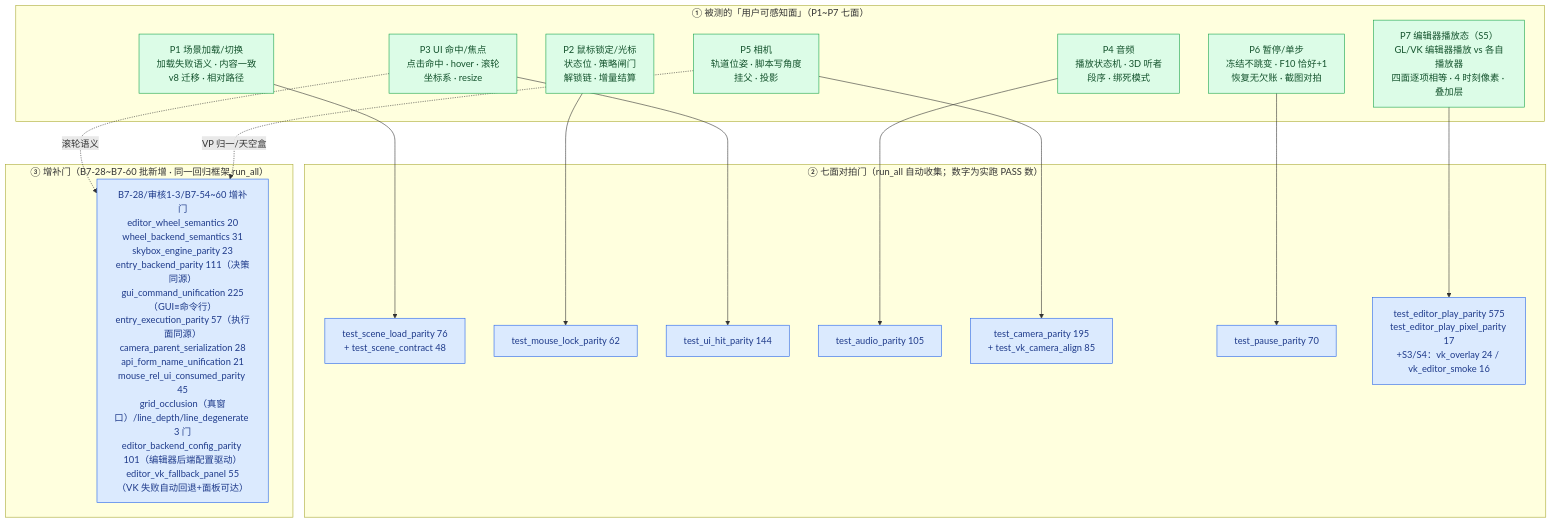
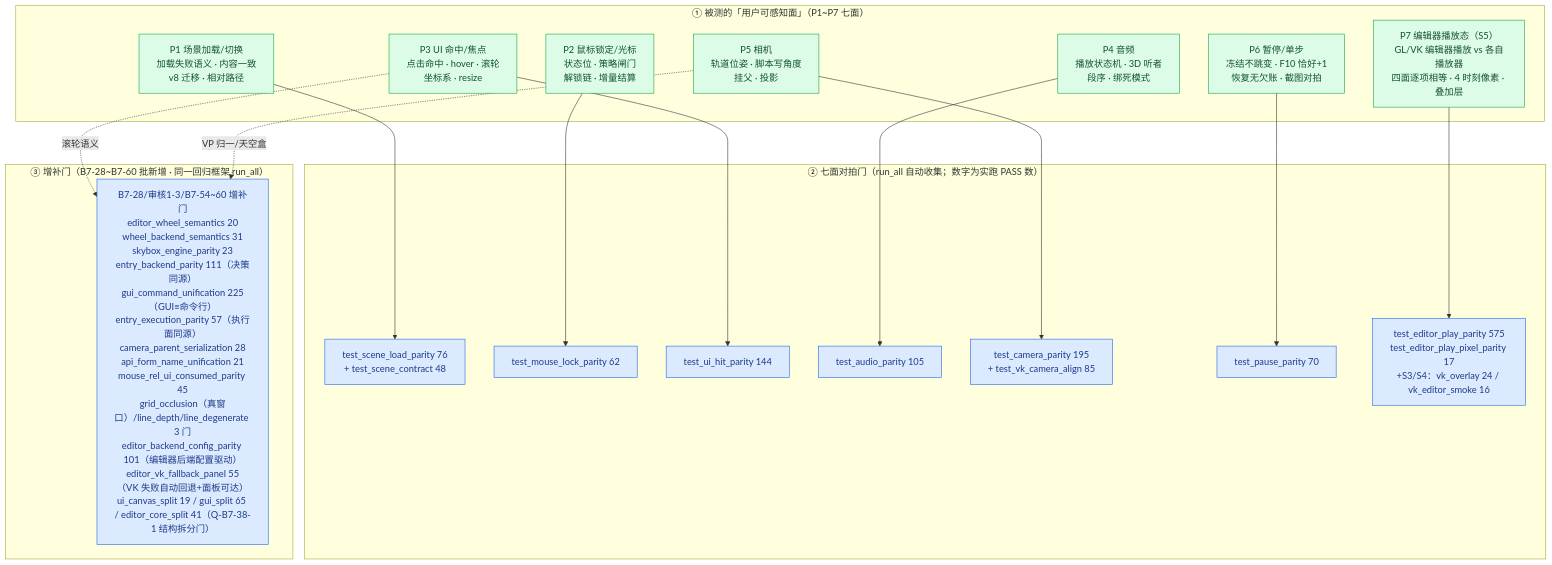
Before and after one commit to lhy302/WeaveEngine: diagram 22 of 23 in ARCHITECTURE.md, drawn with Mermaid. The commit also changed other lines of this file, not shown here.

First line of the commit message:
docs: ARCHITECTURE.md 同步 Q-B7-38-1 三批大文件拆分（逐项实测复核）

````diff
--- a/ARCHITECTURE.md
+++ b/ARCHITECTURE.md
@@ -1451,35 +1549,35 @@
 ```mermaid
 flowchart TB
   subgraph FACES["① 被测的「用户可感知面」（P1~P7 七面）"]
     F1["P1 场景加载/切换<br/>加载失败语义 · 内容一致<br/>v8 迁移 · 相对路径"]:::ok
     F2["P2 鼠标锁定/光标<br/>状态位 · 策略闸门<br/>解锁链 · 增量结算"]:::ok
     F3["P3 UI 命中/焦点<br/>点击命中 · hover · 滚轮<br/>坐标系 · resize"]:::ok
     F4["P4 音频<br/>播放状态机 · 3D 听者<br/>段序 · 绑死模式"]:::ok
     F5["P5 相机<br/>轨道位姿 · 脚本写角度<br/>挂父 · 投影"]:::ok
     F6["P6 暂停/单步<br/>冻结不跳变 · F10 恰好+1<br/>恢复无欠账 · 截图对拍"]:::ok
     F7["P7 编辑器播放态（S5）<br/>GL/VK 编辑器播放 vs 各自播放器<br/>四面逐项相等 · 4 时刻像素 · 叠加层"]:::ok
   end
   subgraph COREGATES["② 七面对拍门（run_all 自动收集；数字为实跑 PASS 数）"]
     G1["test_scene_load_parity 76<br/>+ test_scene_contract 48"]:::gate
     G2["test_mouse_lock_parity 62"]:::gate
     G3["test_ui_hit_parity 144"]:::gate
     G4["test_audio_parity 105"]:::gate
     G5["test_camera_parity 195<br/>+ test_vk_camera_align 85"]:::gate
     G6["test_pause_parity 70"]:::gate
     G7["test_editor_play_parity 575<br/>test_editor_play_pixel_parity 17<br/>+S3/S4：vk_overlay 24 / vk_editor_smoke 16"]:::gate
   end
   subgraph ADDGATES["③ 增补门（B7-28~B7-60 批新增 · 同一回归框架 run_all）"]
-    G8["B7-28/审核1-3/B7-54~60 增补门<br/>editor_wheel_semantics 20<br/>wheel_backend_semantics 31<br/>skybox_engine_parity 23<br/>entry_backend_parity 111（决策同源）<br/>gui_command_unification 225（GUI≡命令行）<br/>entry_execution_parity 57（执行面同源）<br/>camera_parent_serialization 28<br/>api_form_name_unification 21<br/>mouse_rel_ui_consumed_parity 45<br/>grid_occlusion（真窗口）/line_depth/line_degenerate 3 门<br/>editor_backend_config_parity 101（编辑器后端配置驱动）<br/>editor_vk_fallback_panel 55（VK 失败自动回退+面板可达）"]:::gate
+    G8["B7-28/审核1-3/B7-54~60 增补门<br/>editor_wheel_semantics 20<br/>wheel_backend_semantics 31<br/>skybox_engine_parity 23<br/>entry_backend_parity 111（决策同源）<br/>gui_command_unification 225（GUI≡命令行）<br/>entry_execution_parity 57（执行面同源）<br/>camera_parent_serialization 28<br/>api_form_name_unification 21<br/>mouse_rel_ui_consumed_parity 45<br/>grid_occlusion（真窗口）/line_depth/line_degenerate 3 门<br/>editor_backend_config_parity 101（编辑器后端配置驱动）<br/>editor_vk_fallback_panel 55（VK 失败自动回退+面板可达）<br/>ui_canvas_split 19 / gui_split 65 / editor_core_split 41（Q-B7-38-1 结构拆分门）"]:::gate
   end
   F1 --> G1
   F2 --> G2
   F3 --> G3
   F3 -.->|滚轮语义| G8
   F4 --> G4
   F5 --> G5
   F5 -.->|VP 归一/天空盒| G8
   F6 --> G6
   F7 --> G7
   classDef ok fill:#dcfce7,stroke:#16a34a,color:#14532d
   classDef gate fill:#dbeafe,stroke:#2563eb,color:#1e3a8a
 ```
````
